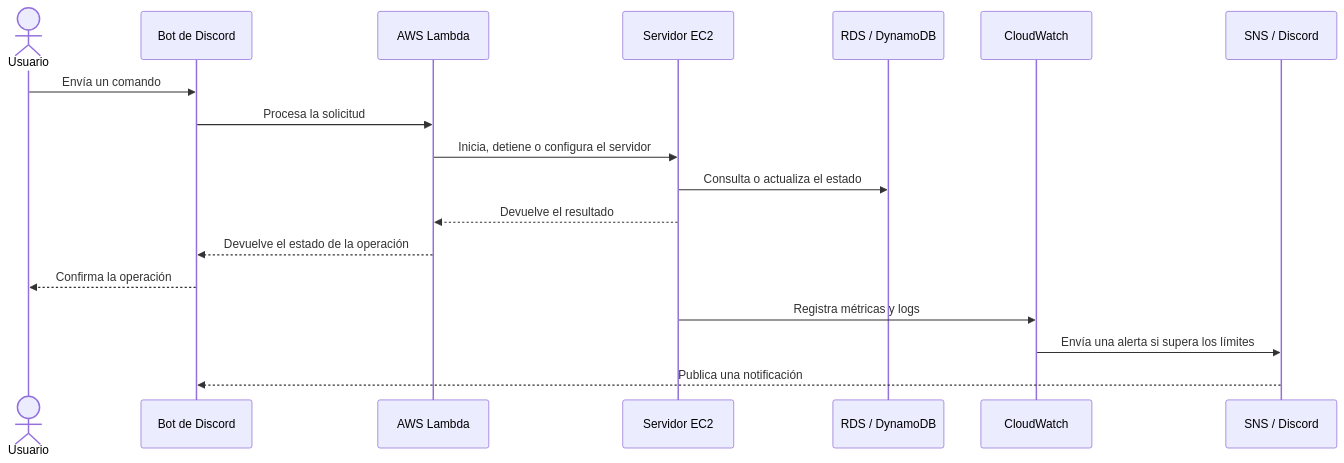
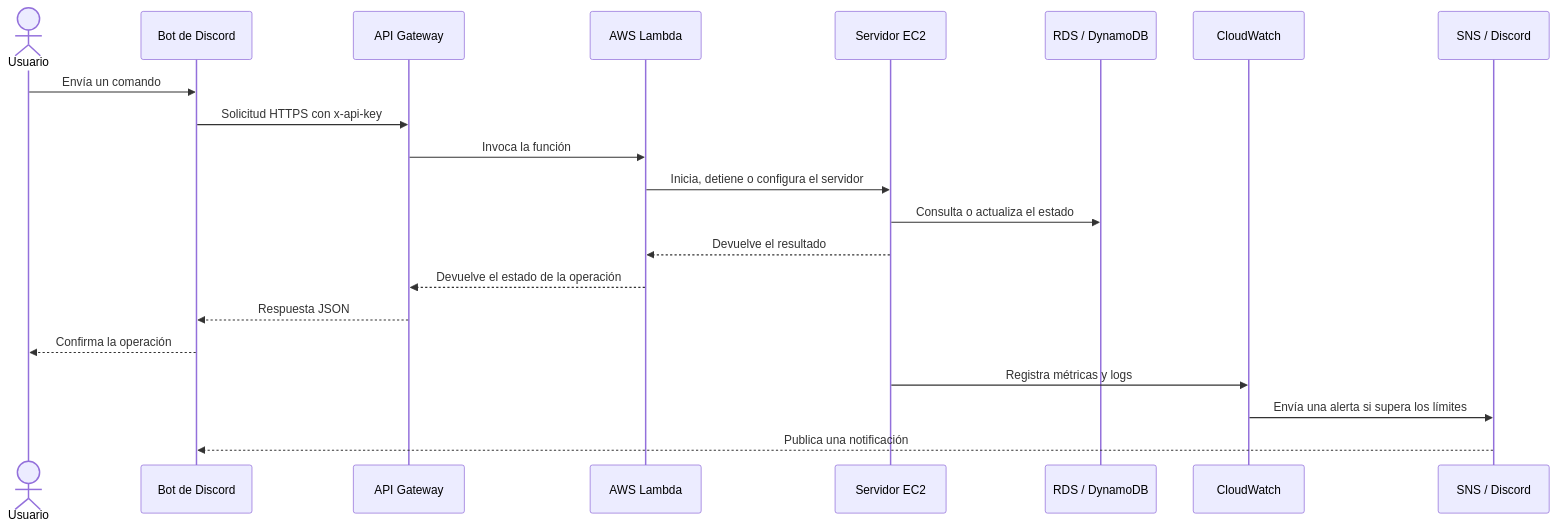
The second of 3 diagrams in docs/architecture.md (CandeGP/AwsInstancesBot), drawn with Mermaid before and after one commit. The commit also changed other lines of this file and 14 other files, not shown here.

First line of the commit message:
Add Phase 3 control chain: Discord bot -> API Gateway -> Lambda -> EC2

````diff
--- a/docs/architecture.md
+++ b/docs/architecture.md
@@ -27,21 +28,24 @@
 ```mermaid
 sequenceDiagram
 	actor Usuario
 	participant Bot as Bot de Discord
+	participant API as API Gateway
 	participant Lambda as AWS Lambda
 	participant EC2 as Servidor EC2
 	participant BD as RDS / DynamoDB
 	participant CW as CloudWatch
 	participant SNS as SNS / Discord
 
 	Usuario->>Bot: Envía un comando
-	Bot->>Lambda: Procesa la solicitud
+	Bot->>API: Solicitud HTTPS con x-api-key
+	API->>Lambda: Invoca la función
 	Lambda->>EC2: Inicia, detiene o configura el servidor
 	EC2->>BD: Consulta o actualiza el estado
 	EC2-->>Lambda: Devuelve el resultado
-	Lambda-->>Bot: Devuelve el estado de la operación
+	Lambda-->>API: Devuelve el estado de la operación
+	API-->>Bot: Respuesta JSON
 	Bot-->>Usuario: Confirma la operación
 	EC2->>CW: Registra métricas y logs
 	CW->>SNS: Envía una alerta si supera los límites
 	SNS-->>Bot: Publica una notificación
 ```
````
